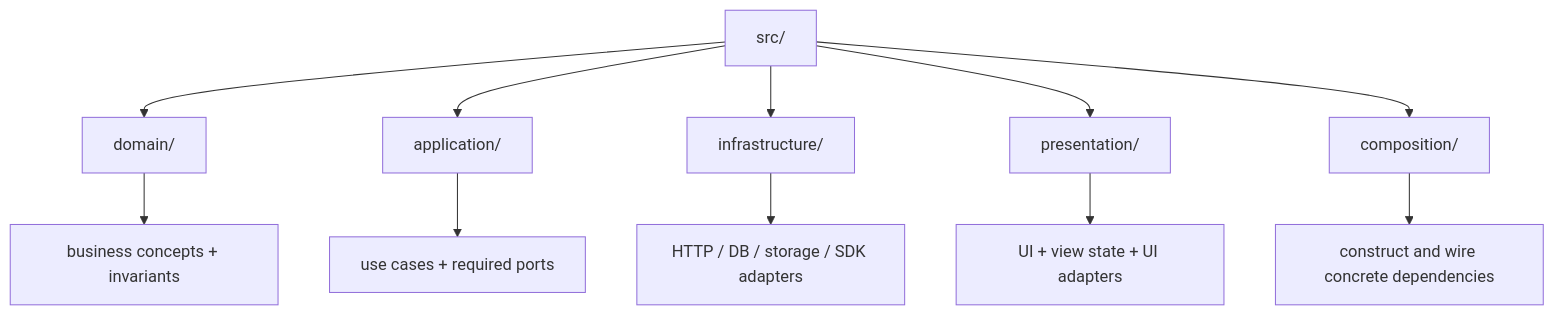
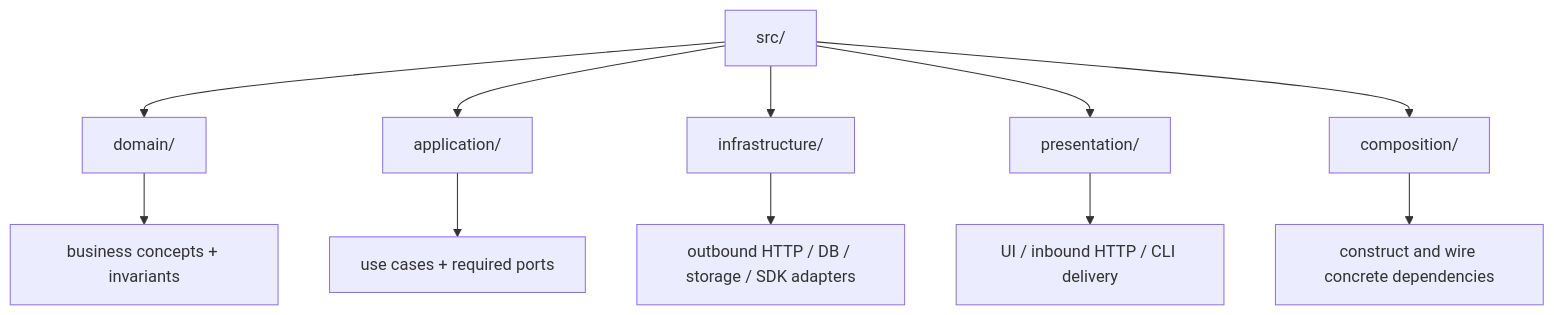
One commit to AndresTaoFlorez/software-architecture changed the first of 7 diagrams in foundations/code-placement.md. Above: the diagram before and after it, drawn with Mermaid. The commit also changed other lines of this file and 20 other files, not shown here.

````diff
--- a/foundations/code-placement.md
+++ b/foundations/code-placement.md
@@ -11,15 +11,15 @@
 ```mermaid
 flowchart TD
     SRC["src/"]
     SRC --> D["domain/"]
     SRC --> A["application/"]
     SRC --> I["infrastructure/"]
     SRC --> P["presentation/"]
     SRC --> C["composition/"]
 
     D --> D1["business concepts + invariants"]
     A --> A1["use cases + required ports"]
-    I --> I1["HTTP / DB / storage / SDK adapters"]
-    P --> P1["UI + view state + UI adapters"]
+    I --> I1["outbound HTTP / DB / storage / SDK adapters"]
+    P --> P1["UI / inbound HTTP / CLI delivery"]
     C --> C1["construct and wire concrete dependencies"]
 ```
````
